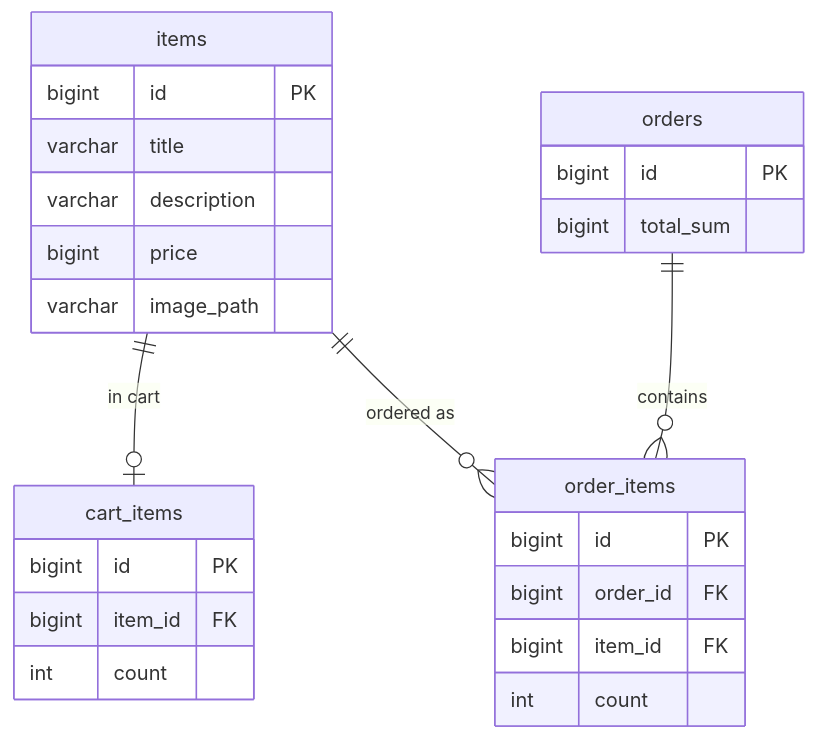
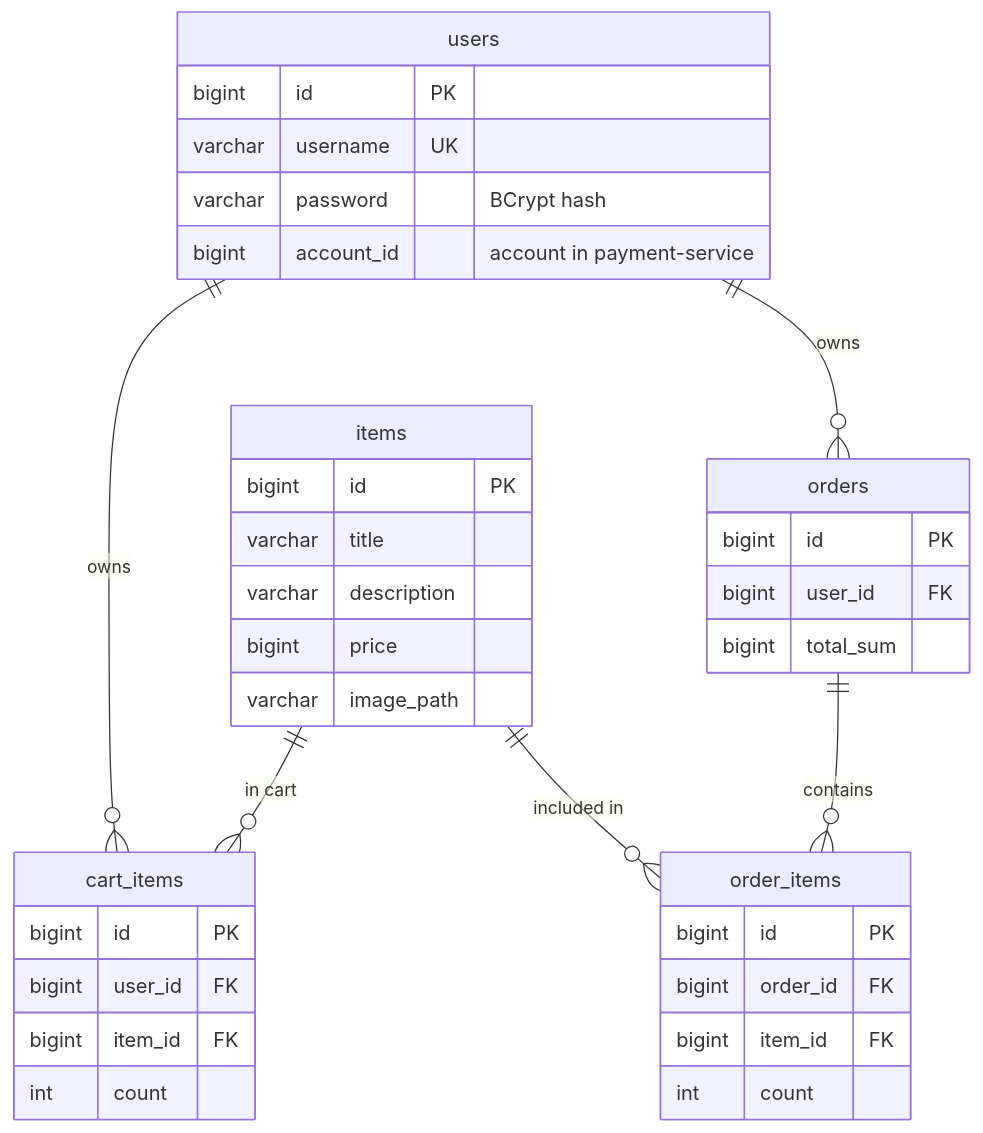
The second of 3 diagrams in README.md (ubrnt/yp-my-market-app), drawn with Mermaid before and after one commit. The commit also changed other lines of this file, not shown here.

````diff
--- a/README.md
+++ b/README.md
@@ -181,29 +232,39 @@
 ```mermaid
 erDiagram
-    items ||--o| cart_items : "in cart"
-    items ||--o{ order_items : "ordered as"
+    users ||--o{ cart_items : "owns"
+    users ||--o{ orders : "owns"
+    items ||--o{ cart_items : "in cart"
+    items ||--o{ order_items : "included in"
     orders ||--o{ order_items : "contains"
 
+    users {
+        bigint id PK
+        varchar username UK
+        varchar password "BCrypt hash"
+        bigint account_id "account in payment-service"
+    }
     items {
         bigint id PK
         varchar title
         varchar description
         bigint price
         varchar image_path
     }
     cart_items {
         bigint id PK
+        bigint user_id FK
         bigint item_id FK
         int count
     }
     orders {
         bigint id PK
+        bigint user_id FK
         bigint total_sum
     }
     order_items {
         bigint id PK
         bigint order_id FK
         bigint item_id FK
         int count
     }
 ```
````
